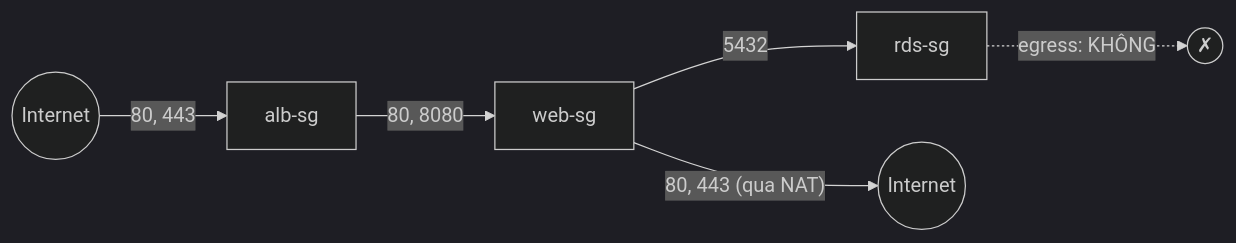
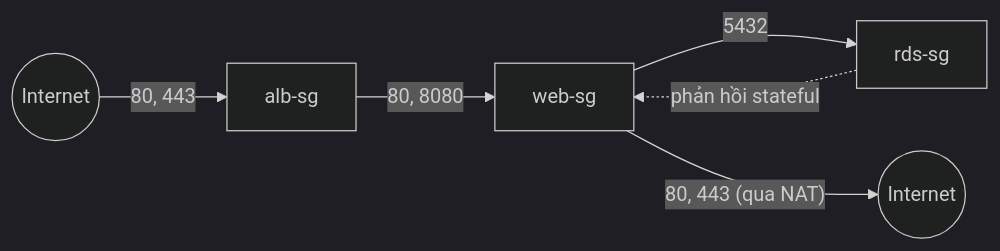
Before and after one commit to Elmira-Athena/PBL3: the second of 3 diagrams in docs/thuc-hanh-console-giai-doan-0-3.md, drawn with Mermaid (dark theme). The commit also changed other lines of this file and 77 other files, not shown here.

````diff
--- a/docs/thuc-hanh-console-giai-doan-0-3.md
+++ b/docs/thuc-hanh-console-giai-doan-0-3.md
@@ -779,8 +680,8 @@
 ```mermaid
 flowchart LR
     I(("Internet")) -- "80, 443" --> ALB["alb-sg"]
     ALB -- "80, 8080" --> WEB["web-sg"]
     WEB -- "5432" --> RDS["rds-sg"]
     WEB -- "80, 443 (qua NAT)" --> O(("Internet"))
-    RDS -. "egress: KHÔNG" .-> X(("✗"))
+    RDS -. "phản hồi stateful" .-> WEB
 ```
````
